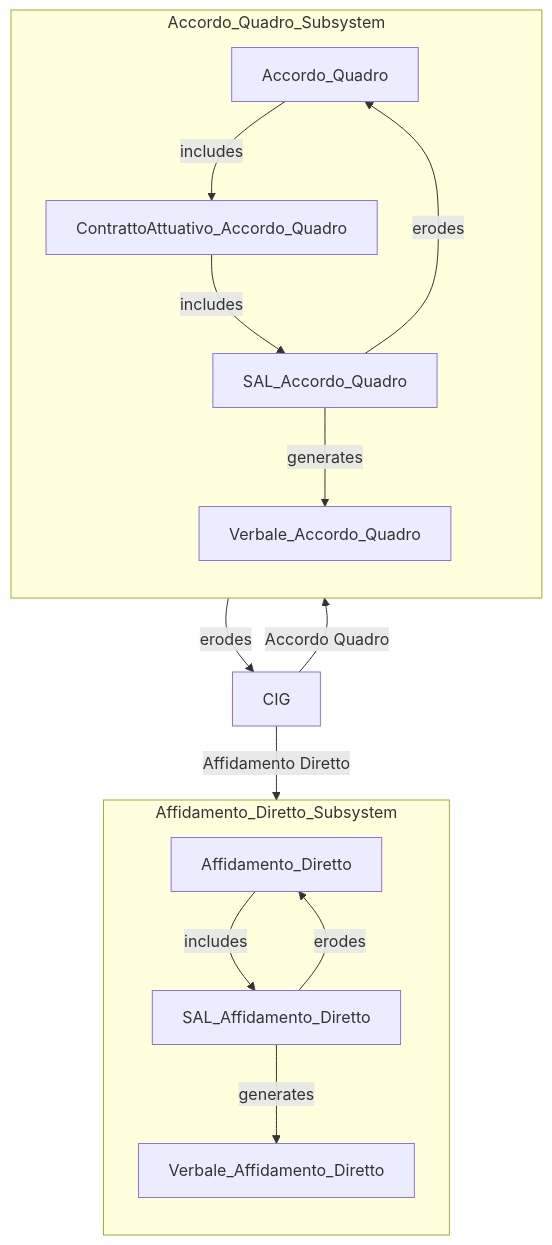
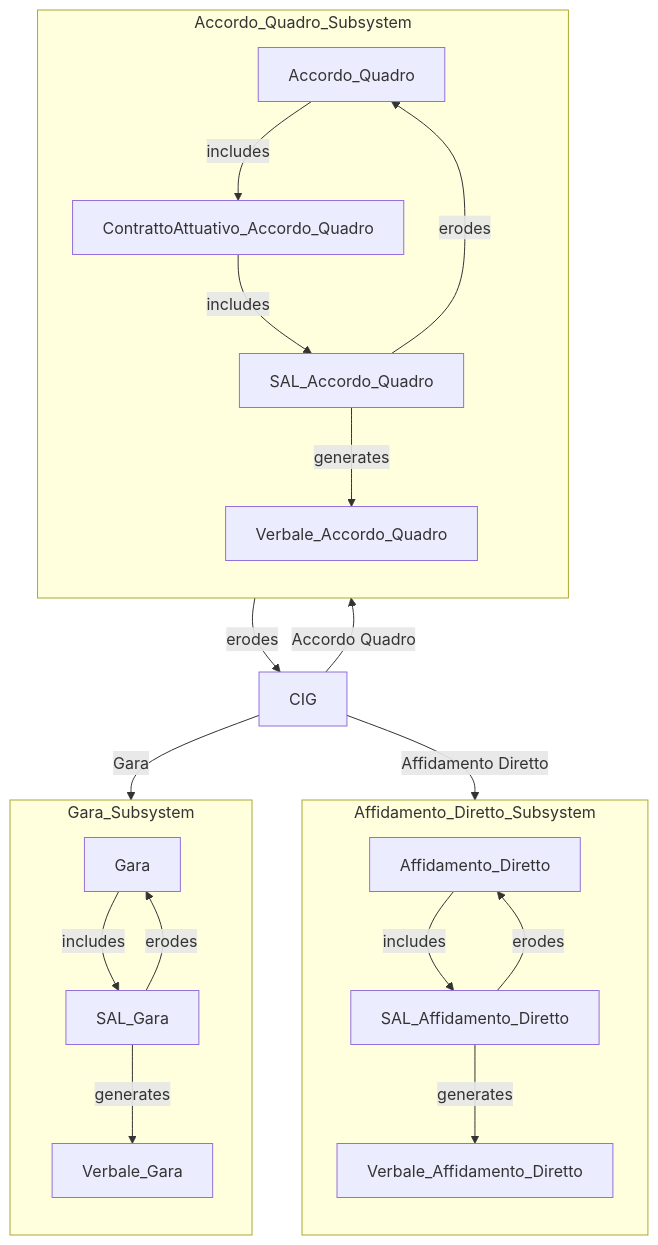
The diagram in README.md (RobertoCastelli/task-manager), drawn with Mermaid before and after one commit. The commit also changed 4 other files, not shown here.

````diff
--- a/README.md
+++ b/README.md
@@ -28,32 +28,43 @@
 ```mermaid
 graph TD
     %% Definizione dei nodi principali
     CIG -->|Accordo Quadro| Accordo_Quadro
     CIG -->|Affidamento Diretto| Affidamento_Diretto
+    CIG -->|Gara| Gara
 
     %% Definizione dei sottogruppi per una disposizione più ordinata
     subgraph Accordo_Quadro_Subsystem
         direction TB
         Accordo_Quadro
         ContrattoAttuativo_Accordo_Quadro
         SAL_Accordo_Quadro
         Verbale_Accordo_Quadro
         Accordo_Quadro -->|includes| ContrattoAttuativo_Accordo_Quadro
         ContrattoAttuativo_Accordo_Quadro -->|includes| SAL_Accordo_Quadro
         SAL_Accordo_Quadro -->|generates| Verbale_Accordo_Quadro
         SAL_Accordo_Quadro -->|erodes| Accordo_Quadro
     end
 
     subgraph Affidamento_Diretto_Subsystem
         direction TB
         Affidamento_Diretto
         SAL_Affidamento_Diretto
         Verbale_Affidamento_Diretto
         Affidamento_Diretto -->|includes| SAL_Affidamento_Diretto
         SAL_Affidamento_Diretto -->|generates| Verbale_Affidamento_Diretto
         SAL_Affidamento_Diretto -->|erodes| Affidamento_Diretto
     end
 
+     subgraph Gara_Subsystem
+        direction TB
+        Gara
+        SAL_Gara
+        Verbale_Gara
+        Gara-->|includes| SAL_Gara
+        SAL_Gara -->|generates| Verbale_Gara
+        SAL_Gara -->|erodes| Gara
+    end
+
     %% Relazioni generali
     ContrattoAttuativo_Accordo_Quadro -->|erodes| CIG
 ```
````
